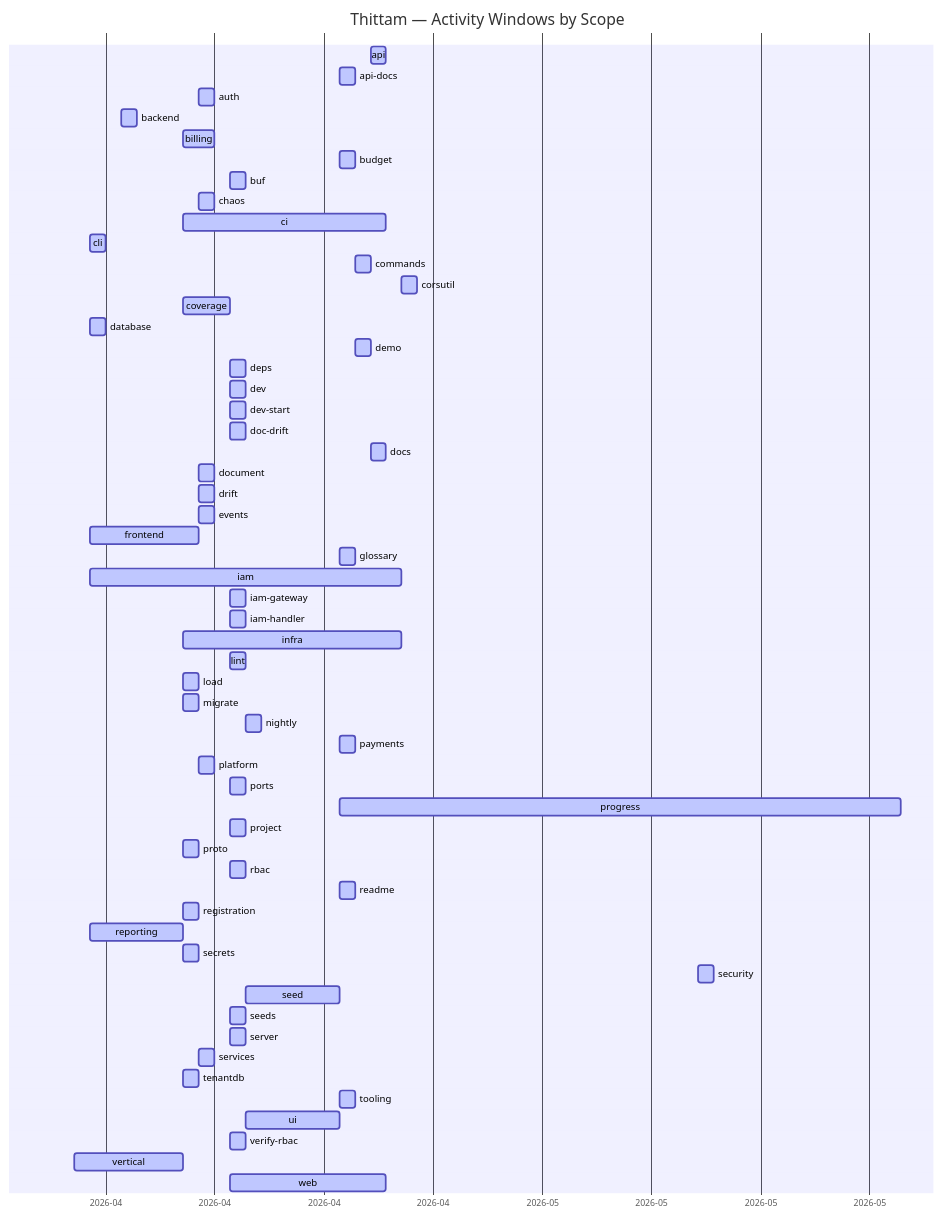
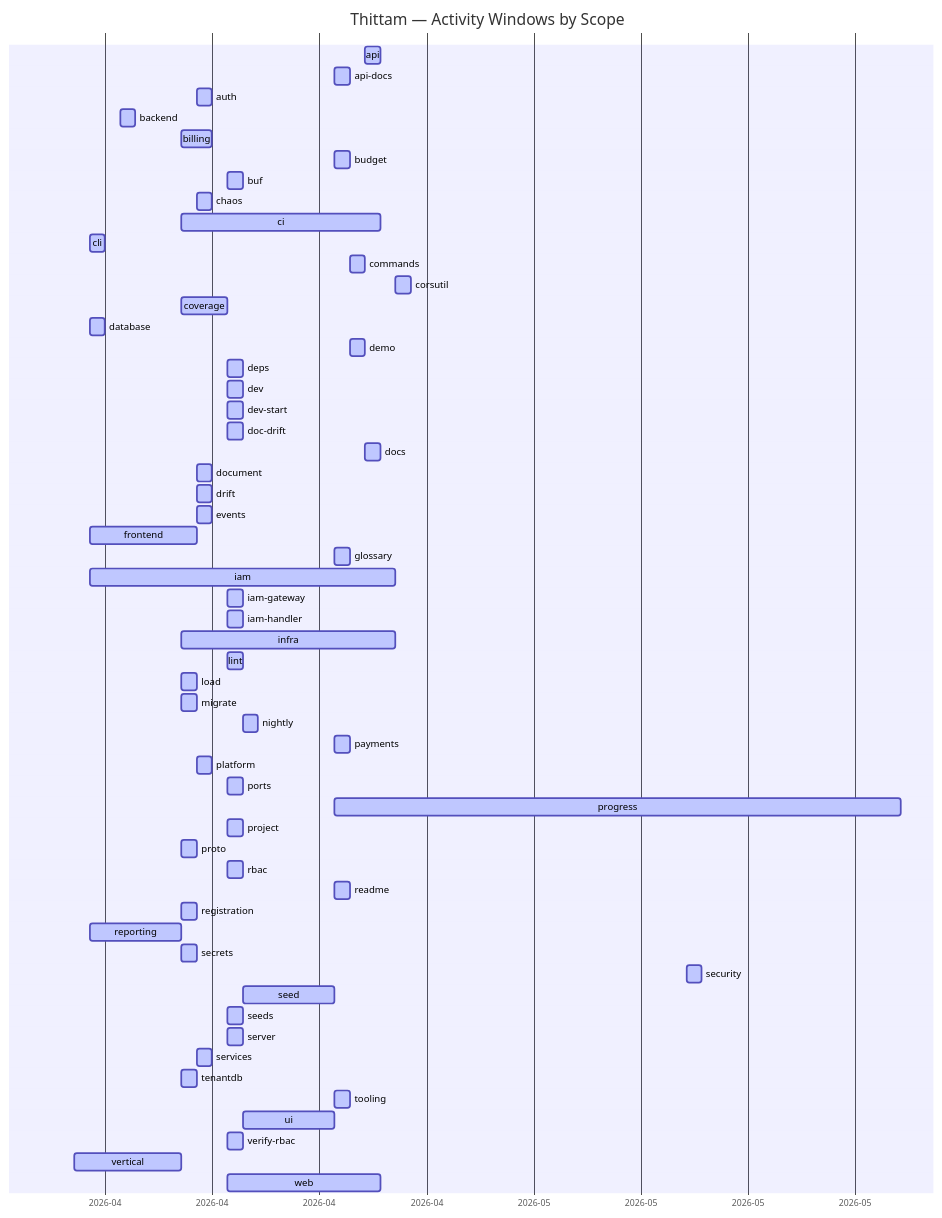
Before and after one commit to wegofwd2020-hub/thittam: the diagram in docs/PROGRESS.md, drawn with Mermaid. The commit also changed other lines of this file and 1 other file, not shown here.

Commit message:
chore(progress): nightly update of docs/PROGRESS.md + CSVs

````diff
--- a/docs/PROGRESS.md
+++ b/docs/PROGRESS.md
@@ -9,61 +9,61 @@
 ```mermaid
 gantt
     title Thittam — Activity Windows by Scope
     dateFormat YYYY-MM-DD
     axisFormat %Y-%m
     api                :active, s_api, 2026-04-22, 2026-04-23
     api-docs           :active, s_api_docs, 2026-04-20, 2026-04-21
     auth               :active, s_auth, 2026-04-11, 2026-04-12
     backend            :active, s_backend, 2026-04-06, 2026-04-07
     billing            :active, s_billing, 2026-04-10, 2026-04-12
     budget             :active, s_budget, 2026-04-20, 2026-04-21
     buf                :active, s_buf, 2026-04-13, 2026-04-14
     chaos              :active, s_chaos, 2026-04-11, 2026-04-12
     ci                 :active, s_ci, 2026-04-10, 2026-04-23
     cli                :active, s_cli, 2026-04-04, 2026-04-05
     commands           :active, s_commands, 2026-04-21, 2026-04-22
     corsutil           :active, s_corsutil, 2026-04-24, 2026-04-25
     coverage           :active, s_coverage, 2026-04-10, 2026-04-13
     database           :active, s_database, 2026-04-04, 2026-04-05
     demo               :active, s_demo, 2026-04-21, 2026-04-22
     deps               :active, s_deps, 2026-04-13, 2026-04-14
     dev                :active, s_dev, 2026-04-13, 2026-04-14
     dev-start          :active, s_dev_start, 2026-04-13, 2026-04-14
     doc-drift          :active, s_doc_drift, 2026-04-13, 2026-04-14
     docs               :active, s_docs, 2026-04-22, 2026-04-23
     document           :active, s_document, 2026-04-11, 2026-04-12
     drift              :active, s_drift, 2026-04-11, 2026-04-12
     events             :active, s_events, 2026-04-11, 2026-04-12
     frontend           :active, s_frontend, 2026-04-04, 2026-04-11
     glossary           :active, s_glossary, 2026-04-20, 2026-04-21
     iam                :active, s_iam, 2026-04-04, 2026-04-24
     iam-gateway        :active, s_iam_gateway, 2026-04-13, 2026-04-14
     iam-handler        :active, s_iam_handler, 2026-04-13, 2026-04-14
     infra              :active, s_infra, 2026-04-10, 2026-04-24
     lint               :active, s_lint, 2026-04-13, 2026-04-14
     load               :active, s_load, 2026-04-10, 2026-04-11
     migrate            :active, s_migrate, 2026-04-10, 2026-04-11
     nightly            :active, s_nightly, 2026-04-14, 2026-04-15
     payments           :active, s_payments, 2026-04-20, 2026-04-21
     platform           :active, s_platform, 2026-04-11, 2026-04-12
     ports              :active, s_ports, 2026-04-13, 2026-04-14
-    progress           :active, s_progress, 2026-04-20, 2026-05-26
+    progress           :active, s_progress, 2026-04-20, 2026-05-27
     project            :active, s_project, 2026-04-13, 2026-04-14
     proto              :active, s_proto, 2026-04-10, 2026-04-11
     rbac               :active, s_rbac, 2026-04-13, 2026-04-14
     readme             :active, s_readme, 2026-04-20, 2026-04-21
     registration       :active, s_registration, 2026-04-10, 2026-04-11
     reporting          :active, s_reporting, 2026-04-04, 2026-04-10
     secrets            :active, s_secrets, 2026-04-10, 2026-04-11
     security           :active, s_security, 2026-05-13, 2026-05-14
     seed               :active, s_seed, 2026-04-14, 2026-04-20
     seeds              :active, s_seeds, 2026-04-13, 2026-04-14
     server             :active, s_server, 2026-04-13, 2026-04-14
     services           :active, s_services, 2026-04-11, 2026-04-12
     tenantdb           :active, s_tenantdb, 2026-04-10, 2026-04-11
     tooling            :active, s_tooling, 2026-04-20, 2026-04-21
     ui                 :active, s_ui, 2026-04-14, 2026-04-20
     verify-rbac        :active, s_verify_rbac, 2026-04-13, 2026-04-14
     vertical           :active, s_vertical, 2026-04-03, 2026-04-10
     web                :active, s_web, 2026-04-13, 2026-04-23
 ```
````
